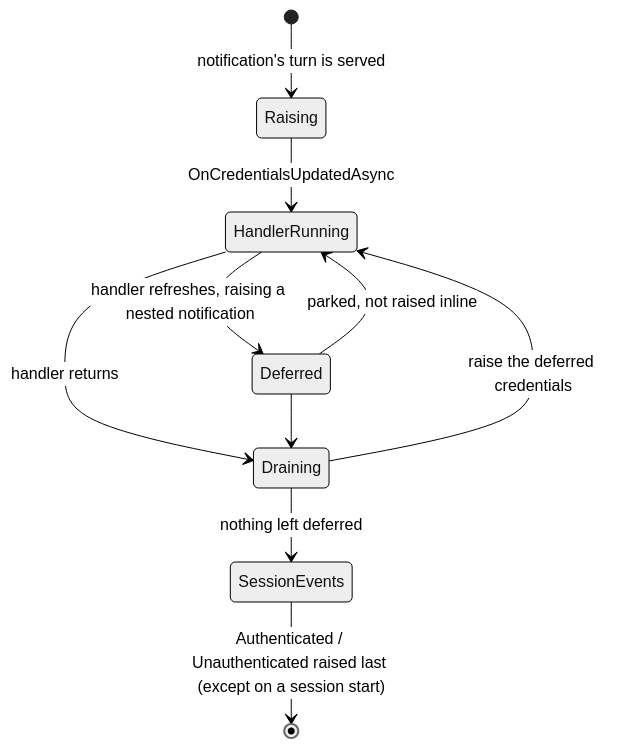
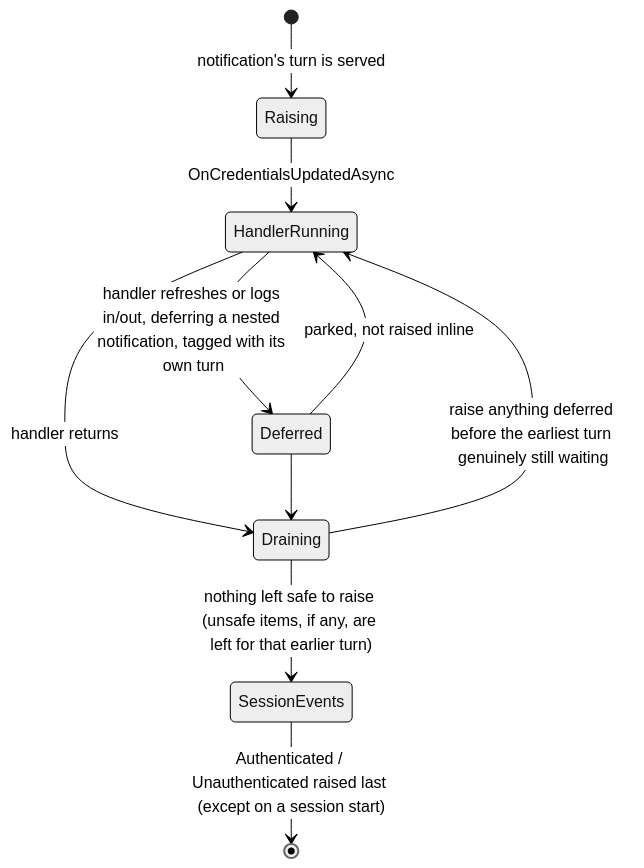
Before and after one commit to blowdart/idunno.Bluesky: the third of 4 diagrams in devnotes/credential-lifecycle-and-locking.md, drawn with Mermaid (neutral theme). The commit also changed other lines of this file and 3 other files, not shown here.

First line of the commit message:
Fix deferred-notification deadlock and turn-leapfrog ordering

````diff
--- a/devnotes/credential-lifecycle-and-locking.md
+++ b/devnotes/credential-lifecycle-and-locking.md
@@ -185,12 +185,12 @@
 ```mermaid
 stateDiagram-v2
     [*] --> Raising: notification's turn is served
     Raising --> HandlerRunning: OnCredentialsUpdatedAsync
-    HandlerRunning --> Deferred: handler refreshes, raising a nested notification
+    HandlerRunning --> Deferred: handler refreshes or logs in/out, deferring a nested notification, tagged with its own turn
     Deferred --> HandlerRunning: parked, not raised inline
     HandlerRunning --> Draining: handler returns
     Deferred --> Draining
-    Draining --> HandlerRunning: raise the deferred credentials
-    Draining --> SessionEvents: nothing left deferred
+    Draining --> HandlerRunning: raise anything deferred before the earliest turn genuinely still waiting
+    Draining --> SessionEvents: nothing left safe to raise (unsafe items, if any, are left for that earlier turn)
     SessionEvents --> [*]: Authenticated / Unauthenticated raised last (except on a session start)
 ```
````
